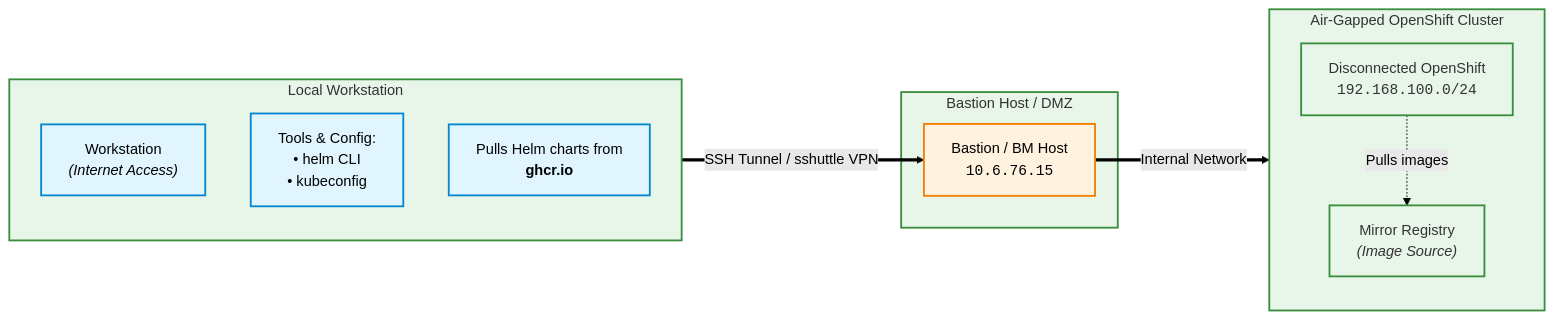
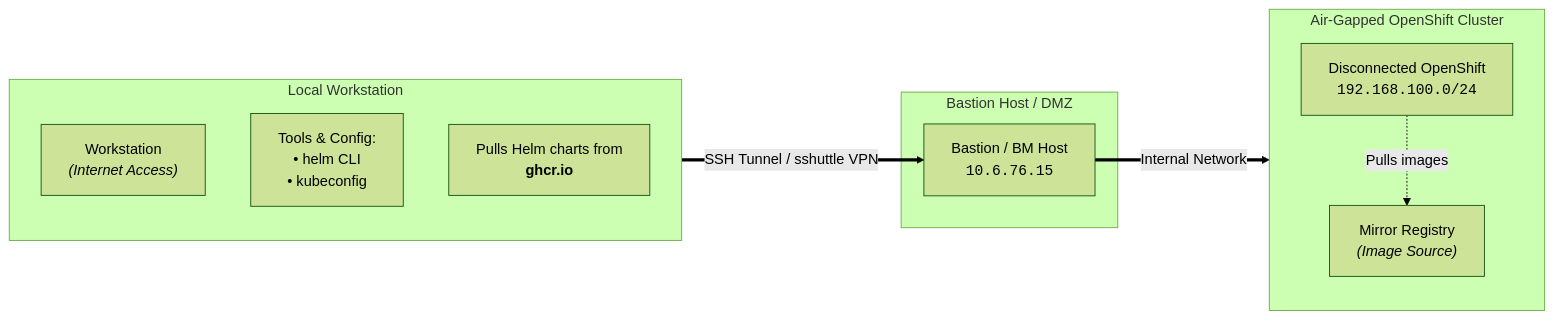
Before and after one commit to amej/osac: the third of 3 diagrams in osac-installer/docs/disconnected-install.md, drawn with Mermaid (forest theme). The commit also changed other lines of this file, not shown here.

````diff
--- a/osac-installer/docs/disconnected-install.md
+++ b/osac-installer/docs/disconnected-install.md
@@ -360,35 +408,25 @@
 ```mermaid
 flowchart LR
     %% Subgraphs for visual grouping
     subgraph Workstation[" Local Workstation "]
         direction TB
         WS[" Workstation<br/><i>(Internet Access)</i> "]
         WS_CLI[" Tools & Config:<br/>• helm CLI<br/>• kubeconfig "]
         WS_HELM[" Pulls Helm charts from<br/><b>ghcr.io</b> "]
     end
 
     subgraph DMZ[" Bastion Host / DMZ "]
         BM[" Bastion / BM Host<br/><code>10.6.76.15</code> "]
     end
 
     subgraph Cluster[" Air-Gapped OpenShift Cluster "]
         direction TB
         OCP[" Disconnected OpenShift<br/><code>192.168.100.0/24</code> "]
         REG[" Mirror Registry<br/><i>(Image Source)</i> "]
     end
 
     %% Network Connections & Tunnels
     WS ==>|" SSH Tunnel / sshuttle VPN "| BM
     BM ==>|" Internal Network "| OCP
     OCP -.->|" Pulls images "| REG
-
-    %% Styling
-    classDef default fill:#f9f9f9,stroke:#333,stroke-width:1px;
-    classDef workstation fill:#e1f5fe,stroke:#0288d1,stroke-width:2px;
-    classDef bastion fill:#fff3e0,stroke:#f57c00,stroke-width:2px;
-    classDef cluster fill:#e8f5e9,stroke:#388e3c,stroke-width:2px;
-
-    class WS,WS_CLI,WS_HELM workstation;
-    class BM bastion;
-    class OCP,REG cluster;
 ```
````
